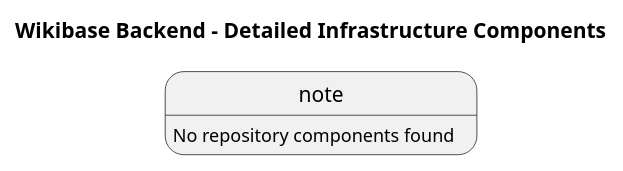
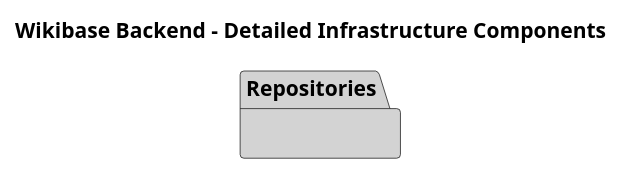
Before and after one commit to dpriskorn/entitybase-backend: the diagram in doc/DIAGRAMS/detailed_infrastructure_components.puml, drawn with PlantUML. The commit also changed 51 other files, not shown here.

```diff
--- a/doc/DIAGRAMS/detailed_infrastructure_components.puml
+++ b/doc/DIAGRAMS/detailed_infrastructure_components.puml
@@ -1,7 +1,8 @@
 @startuml Detailed Infrastructure Components
 
 title Wikibase Backend - Detailed Infrastructure Components
 
-note: No repository components found
+package "Repositories" as Repositories #LightGray {
+}
 
 @enduml
```
